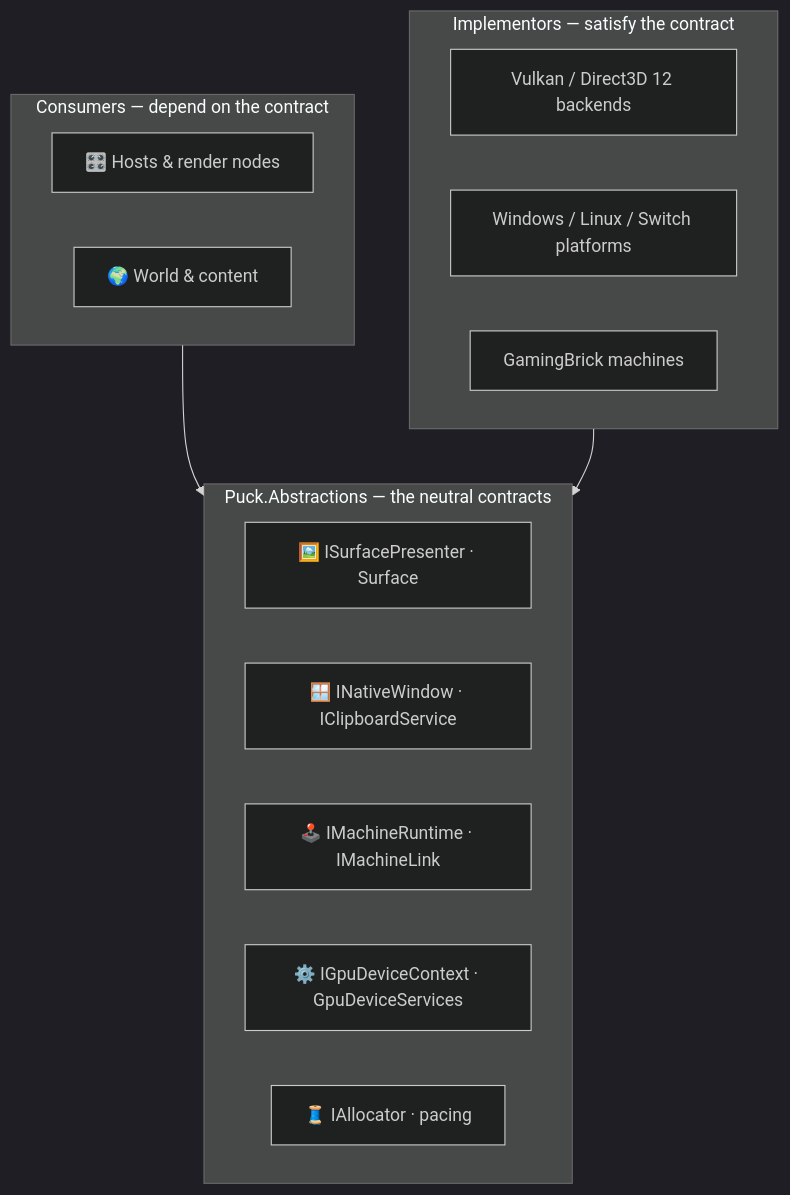
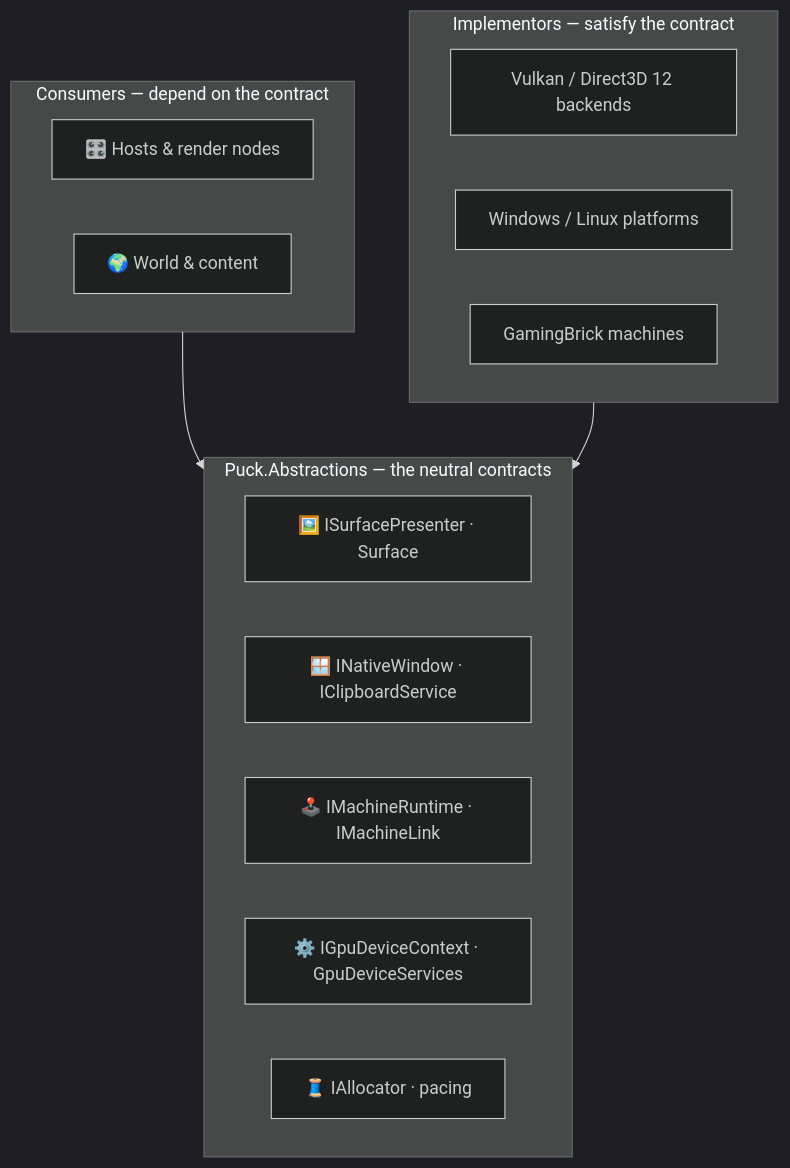
The diagram in docs/reference/abstractions.md (ByteTerrace/Puck), drawn with Mermaid (dark theme) before and after one commit. The commit also changed other lines of this file and 4274 other files, not shown here.

First line of the commit message:
graphics: integrate the rendering campaign (render graph, sky and indirect lighting, portals, counted cost, formats at 1)

````diff
--- a/docs/reference/abstractions.md
+++ b/docs/reference/abstractions.md
@@ -44,21 +44,21 @@
 ```mermaid
 graph TD
     subgraph Consumers ["Consumers — depend on the contract"]
         Host["🎛️ Hosts &amp; render nodes"]
         World["🌍 World &amp; content"]
     end
     subgraph Abstractions ["Puck.Abstractions — the neutral contracts"]
         Present["🖼️ ISurfacePresenter · Surface"]
         Window["🪟 INativeWindow · IClipboardService"]
         Machine["🕹️ IMachineRuntime · IMachineLink"]
         Compute["⚙️ IGpuDeviceContext · GpuDeviceServices"]
         Mem["🧵 IAllocator · pacing"]
     end
     subgraph Implementors ["Implementors — satisfy the contract"]
         Vk["Vulkan / Direct3D 12 backends"]
-        Plat["Windows / Linux / Switch platforms"]
+        Plat["Windows / Linux platforms"]
         Brick["GamingBrick machines"]
     end
     Consumers --> Abstractions
     Implementors --> Abstractions
 ```
````
